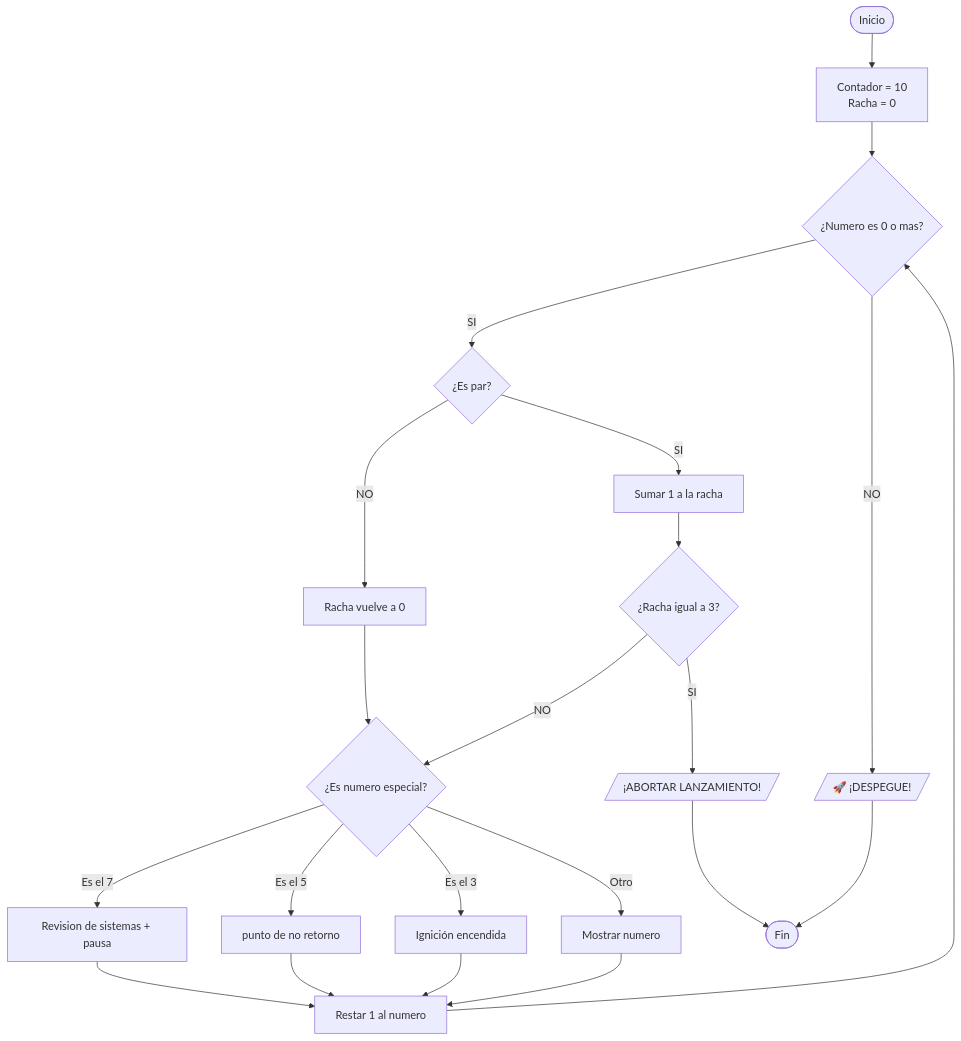
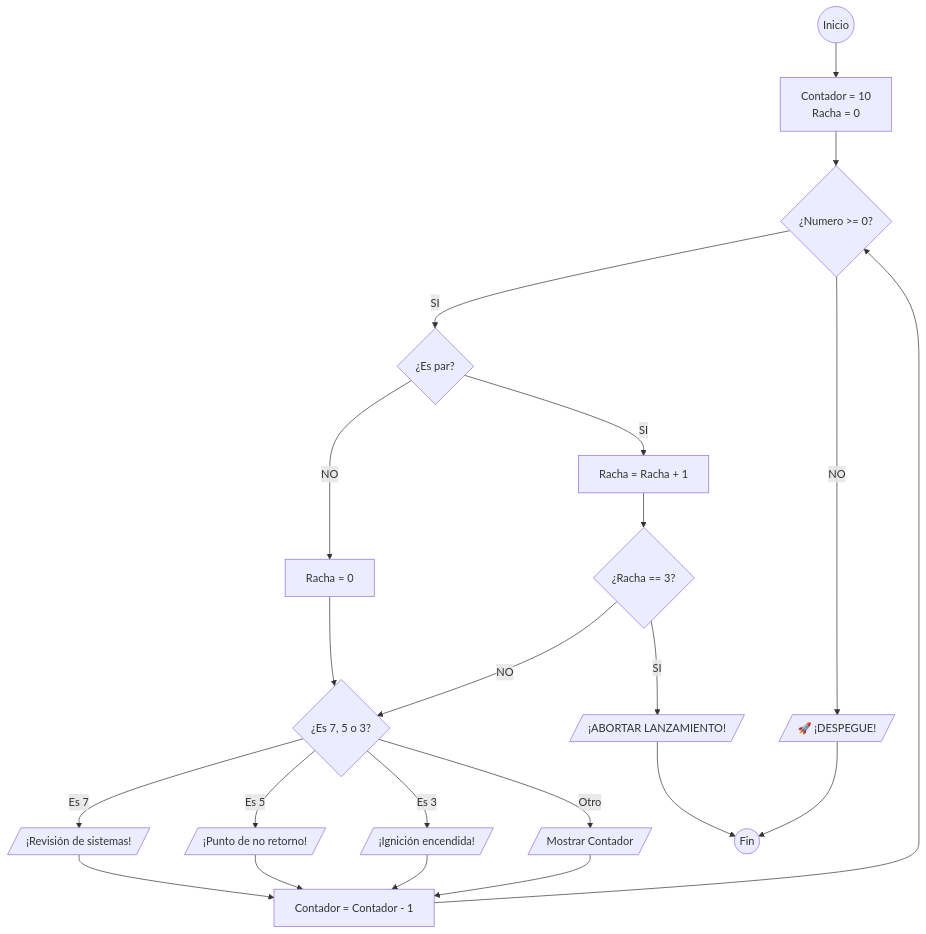
The diagram in nivel_3_ciclos/reto_01_cohete_cuenta_regresiva/diagrama_01.md (keylayudex2007-ops/resultados-retos-logica), drawn with Mermaid before and after one commit. The commit also changed 6 other files, not shown here.

````diff
--- a/nivel_3_ciclos/reto_01_cohete_cuenta_regresiva/diagrama_01.md
+++ b/nivel_3_ciclos/reto_01_cohete_cuenta_regresiva/diagrama_01.md
@@ -1,33 +1,34 @@
 ```mermaid
 flowchart TD
-    Inicio([Inicio]) --> Preparar[Contador = 10 <br/> Racha = 0]
-    Preparar --> RevisarNumero{¿Numero es 0 o mas?}
+    Inicio((Inicio)) --> Preparar[Contador = 10 <br/> Racha = 0]
+    
+    Preparar --> RevisarNumero{¿Numero >= 0?}
     
     RevisarNumero -- SI --> EsPar{¿Es par?}
     
-    EsPar -- SI --> AumentarRacha[Sumar 1 a la racha]
-    EsPar -- NO --> ReiniciarRacha[Racha vuelve a 0]
+    EsPar -- SI --> AumentarRacha[Racha = Racha + 1]
+    EsPar -- NO --> ReiniciarRacha[Racha = 0]
     
-    AumentarRacha --> pruebaAborto{¿Racha igual a 3?}
+    AumentarRacha --> pruebaAborto{¿Racha == 3?}
     ReiniciarRacha --> MirarMensajes
     
     pruebaAborto -- SI --> Abortar[/¡ABORTAR LANZAMIENTO!/]
-    pruebaAborto -- NO --> MirarMensajes{¿Es numero especial?}
+    pruebaAborto -- NO --> MirarMensajes{¿Es 7, 5 o 3?}
     
-    MirarMensajes -- Es el 7 --> Msj7[Revision de sistemas + pausa]
-    MirarMensajes -- Es el 5 --> Msj5[punto de no retorno]
-    MirarMensajes -- Es el 3 --> Msj3[Ignición encendida]
-    MirarMensajes -- Otro --> SoloNumero[Mostrar numero]
+    MirarMensajes -- Es 7 --> Msj7[/¡Revisión de sistemas!/]
+    MirarMensajes -- Es 5 --> Msj5[/¡Punto de no retorno!/]
+    MirarMensajes -- Es 3 --> Msj3[/¡Ignición encendida!/]
+    MirarMensajes -- Otro --> SoloNumero[/Mostrar Contador/]
     
-    Msj7 --> BajarCuenta[Restar 1 al numero]
+    Msj7 --> BajarCuenta[Contador = Contador - 1]
     Msj5 --> BajarCuenta
     Msj3 --> BajarCuenta
     SoloNumero --> BajarCuenta
     
     BajarCuenta --> RevisarNumero
     
     RevisarNumero -- NO --> Despegue[/🚀 ¡DESPEGUE!/]
     
-    Abortar --> Fin([Fin])
+    Abortar --> Fin((Fin))
     Despegue --> Fin
 ```
````
